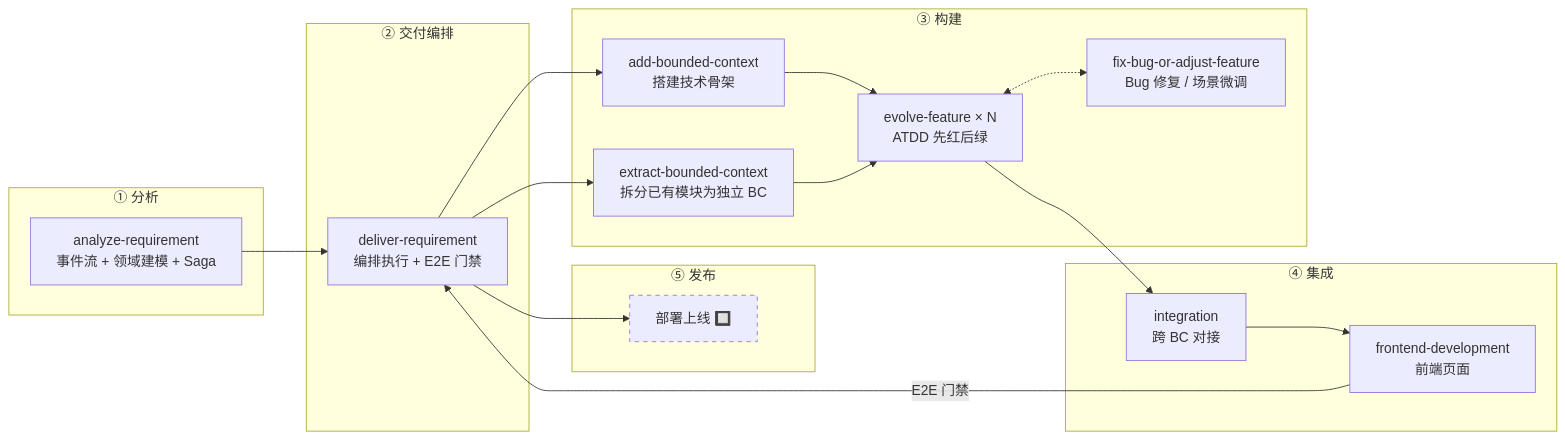
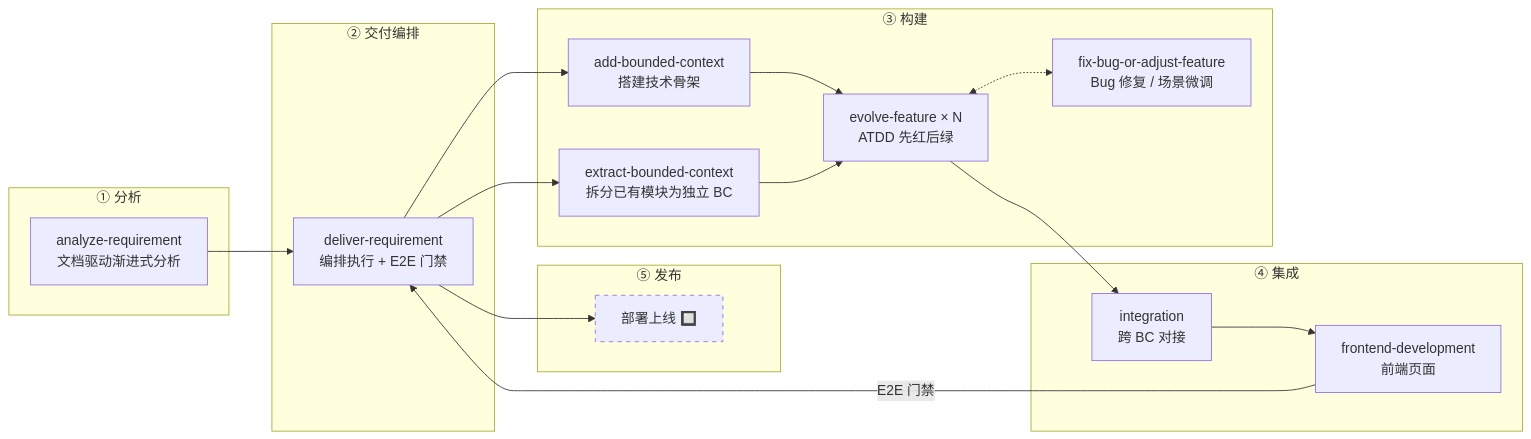
Before and after one commit to mianhe/HMall: the second of 2 diagrams in .cursor/skills/README.md, drawn with Mermaid. The commit also changed other lines of this file and 4 other files, not shown here.

First line of the commit message:
refactor(skill): analyze-requirement 重构为文档驱动渐进式分析

````diff
--- a/.cursor/skills/README.md
+++ b/.cursor/skills/README.md
@@ -82,39 +82,39 @@
 ```mermaid
 flowchart LR
     subgraph 分析["① 分析"]
-        AR[analyze-requirement<br/>事件流 + 领域建模 + Saga]
+        AR[analyze-requirement<br/>文档驱动渐进式分析]
     end
 
     subgraph 交付["② 交付编排"]
         DR[deliver-requirement<br/>编排执行 + E2E 门禁]
     end
 
     subgraph 构建["③ 构建"]
         ABC[add-bounded-context<br/>搭建技术骨架]
         XBC[extract-bounded-context<br/>拆分已有模块为独立 BC]
         EF[evolve-feature × N<br/>ATDD 先红后绿]
         FIX[fix-bug-or-adjust-feature<br/>Bug 修复 / 场景微调]
         ABC --> EF
         XBC --> EF
         EF <-.-> FIX
     end
 
     subgraph 集成["④ 集成"]
         INT[integration<br/>跨 BC 对接]
         FE[frontend-development<br/>前端页面]
         INT --> FE
     end
 
     subgraph 发布["⑤ 发布"]
         DEPLOY[部署上线 🔲]
     end
 
     AR --> DR
     DR --> ABC
     DR --> XBC
     EF --> INT
     FE -->|E2E 门禁| DR
     DR --> DEPLOY
 
     style DEPLOY stroke-dasharray: 5 5
 ```
````
